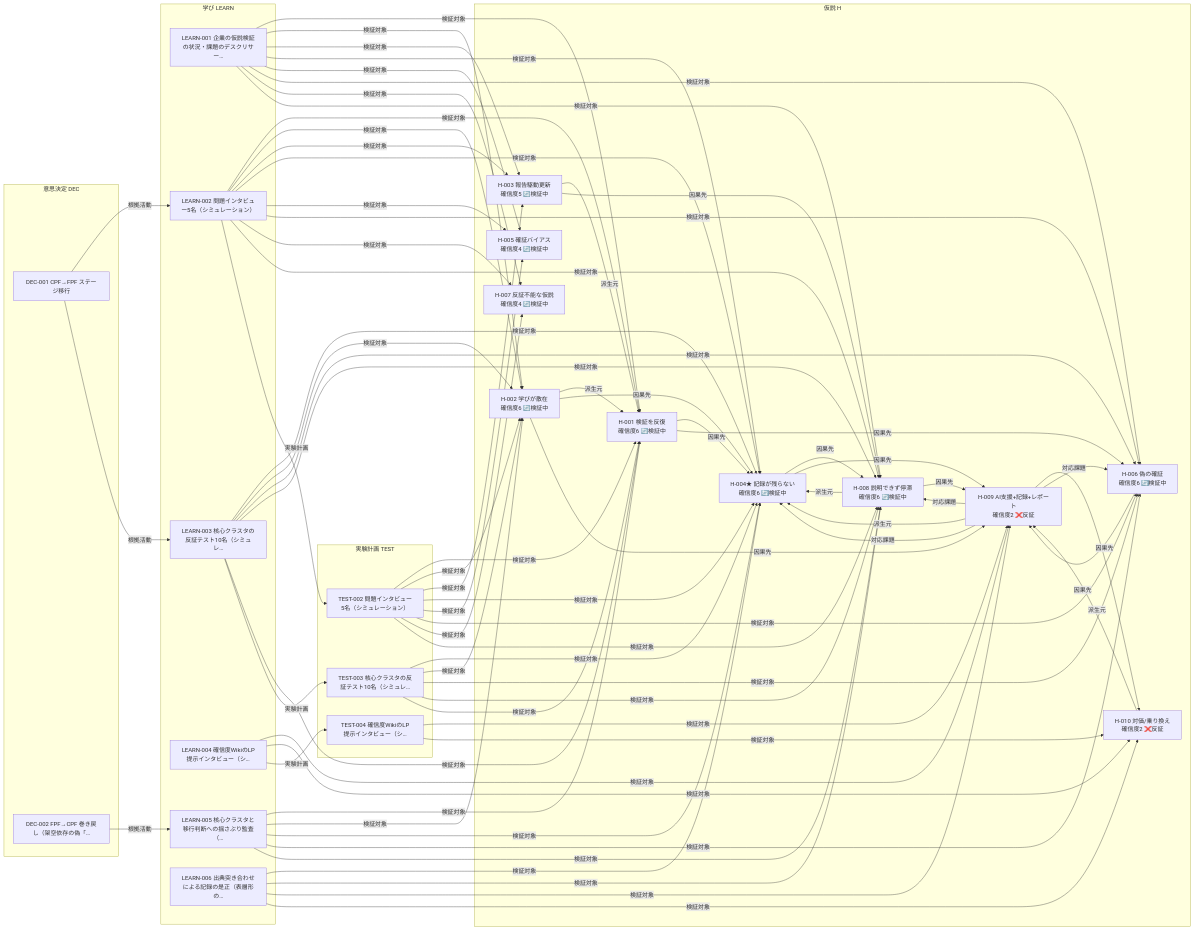
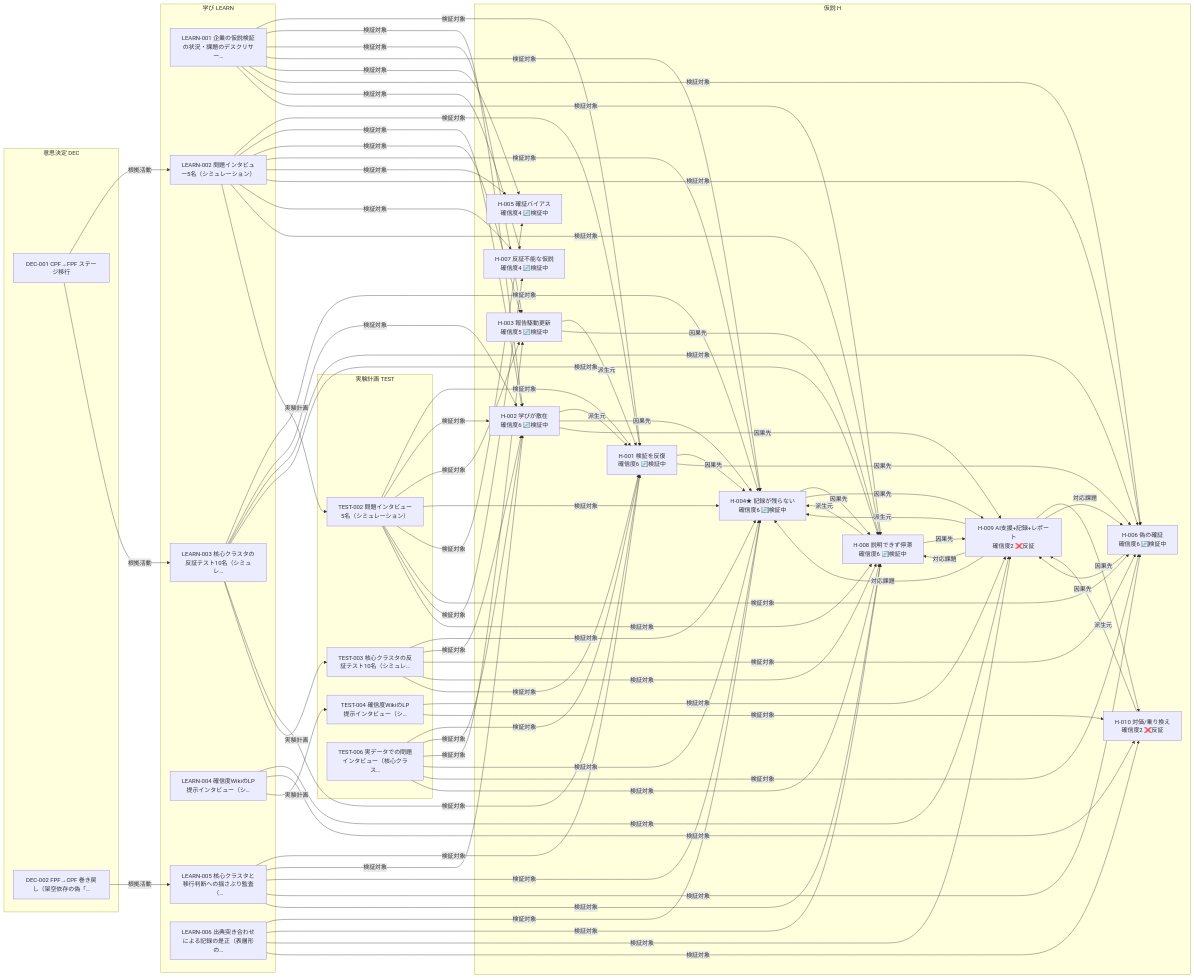
Before and after one commit to haru01/hypothesis-wiki: the diagram in projects/self/wiki/views/relations.md, drawn with Mermaid. The commit also changed other lines of this file and 11 other files, not shown here.

First line of the commit message:
実データでの問題インタビュー（行動仮説＋課題仮説）のテストカードを立案 (SELF-TEST-006) (#41)

```diff
--- a/projects/self/wiki/views/relations.md
+++ b/projects/self/wiki/views/relations.md
@@ -25,6 +25,7 @@
       SELF_TEST_002["TEST-002 問題インタビュー5名（シミュレーション）"]
       SELF_TEST_003["TEST-003 核心クラスタの反証テスト10名（シミュレ…"]
       SELF_TEST_004["TEST-004 確信度WikiのLP提示インタビュー（シ…"]
+      SELF_TEST_006["TEST-006 実データでの問題インタビュー（核心クラス…"]
     end
     subgraph LEARN["学び LEARN"]
       SELF_LEARN_001["LEARN-001 企業の仮説検証の状況・課題のデスクリサー…"]
@@ -71,6 +72,12 @@
     SELF_TEST_003 -->|検証対象| SELF_H_001
     SELF_TEST_004 -->|検証対象| SELF_H_009
     SELF_TEST_004 -->|検証対象| SELF_H_010
+    SELF_TEST_006 -->|検証対象| SELF_H_001
+    SELF_TEST_006 -->|検証対象| SELF_H_002
+    SELF_TEST_006 -->|検証対象| SELF_H_003
+    SELF_TEST_006 -->|検証対象| SELF_H_004
+    SELF_TEST_006 -->|検証対象| SELF_H_006
+    SELF_TEST_006 -->|検証対象| SELF_H_008
     SELF_LEARN_001 -->|検証対象| SELF_H_001
     SELF_LEARN_001 -->|検証対象| SELF_H_002
     SELF_LEARN_001 -->|検証対象| SELF_H_003
```
